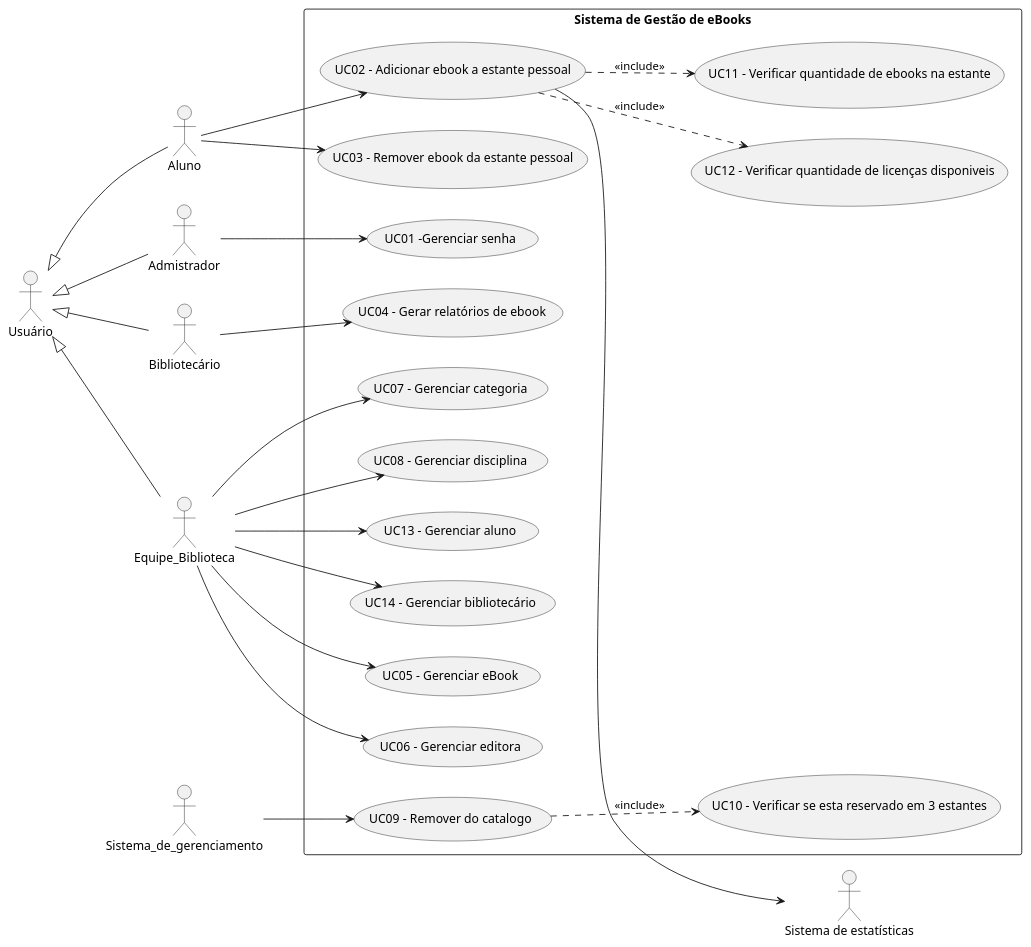
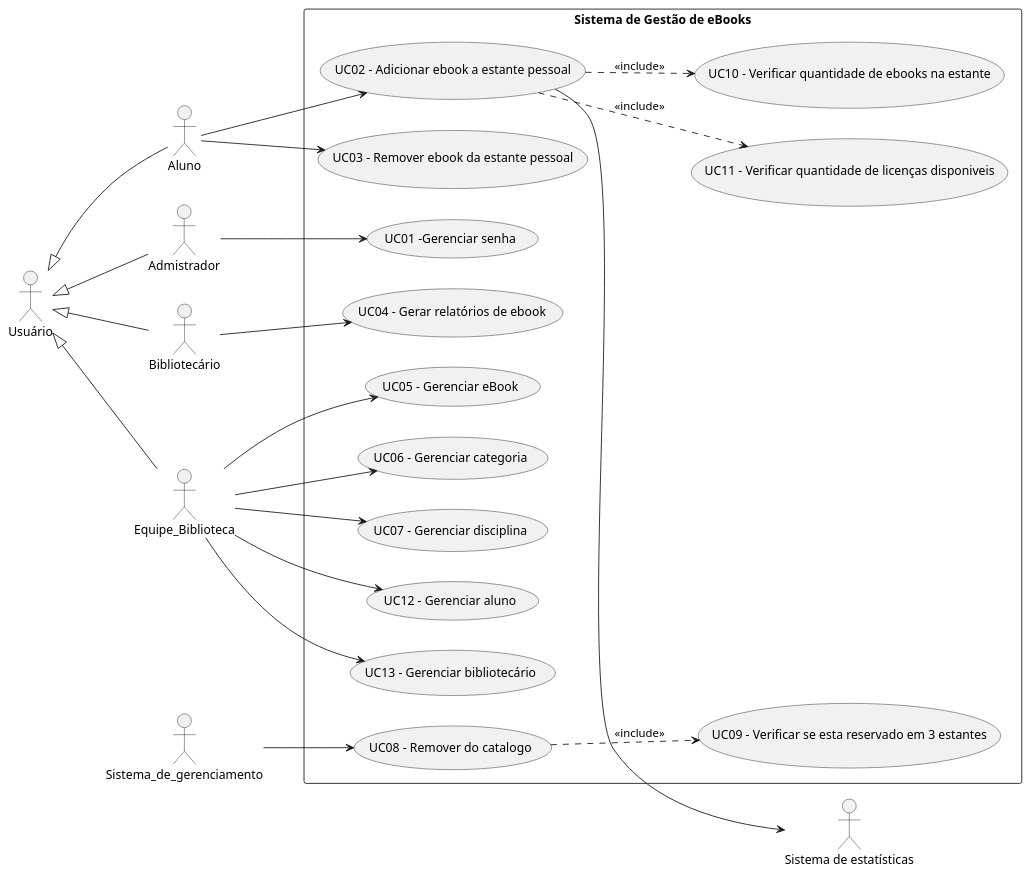
The diagram in docs/diagramas/casos-de-uso.puml (brunokilo/lab01-ebooks-biblioteca), drawn with PlantUML before and after one commit. The commit also changed 1 other file, not shown here.

Commit message:
diagramas: atualização dos casos de uso e diagrama de classe com novos métodos e ajustes de visibilidade

```diff
--- a/docs/diagramas/casos-de-uso.puml
+++ b/docs/diagramas/casos-de-uso.puml
@@ -1,54 +1,52 @@
 @startuml
 left to right direction
 skinparam packageStyle rectangle
 
 actor "Usuário" as Usuario
 actor Aluno
 actor Admistrador
 actor "Bibliotecário" as Bibliotecario
 actor Equipe_Biblioteca
 actor Sistema_de_gerenciamento
 actor "Sistema de estatísticas" as Sistema_de_estatisticas
 
 rectangle "Sistema de Gestão de eBooks" {
   usecase "UC01 -Gerenciar senha" as UC01
   usecase "UC02 - Adicionar ebook a estante pessoal" as UC02
   usecase "UC03 - Remover ebook da estante pessoal" as UC03
   usecase "UC04 - Gerar relatórios de ebook" as UC04
   usecase "UC05 - Gerenciar eBook" as UC05
-  usecase "UC06 - Gerenciar editora" as UC06
-  usecase "UC07 - Gerenciar categoria" as UC07
-  usecase "UC08 - Gerenciar disciplina" as UC08
-  usecase "UC09 - Remover do catalogo" as UC09
-  usecase "UC10 - Verificar se esta reservado em 3 estantes" as UC10
-  usecase "UC11 - Verificar quantidade de ebooks na estante" as UC11
-  usecase "UC12 - Verificar quantidade de licenças disponiveis" as UC12
-  usecase "UC13 - Gerenciar aluno" as UC13
-  usecase "UC14 - Gerenciar bibliotecário" as UC14
+  usecase "UC06 - Gerenciar categoria" as UC06
+  usecase "UC07 - Gerenciar disciplina" as UC07
+  usecase "UC08 - Remover do catalogo" as UC08
+  usecase "UC09 - Verificar se esta reservado em 3 estantes" as UC09
+  usecase "UC10 - Verificar quantidade de ebooks na estante" as UC10
+  usecase "UC11 - Verificar quantidade de licenças disponiveis" as UC11
+  usecase "UC12 - Gerenciar aluno" as UC12
+  usecase "UC13 - Gerenciar bibliotecário" as UC13
 }
 
 Usuario <|-- Equipe_Biblioteca 
 Usuario <|-- Bibliotecario 
 Usuario <|-- Aluno 
 Usuario <|-- Admistrador
 
 Admistrador --> (UC01)
 
 Equipe_Biblioteca --> (UC05)
 Equipe_Biblioteca --> (UC06)
 Equipe_Biblioteca --> (UC07)
-Equipe_Biblioteca --> (UC08)
+Equipe_Biblioteca --> (UC12)
 Equipe_Biblioteca --> (UC13)
-Equipe_Biblioteca --> (UC14)
 
 Bibliotecario --> (UC04)
 
 Aluno --> (UC02)
+(UC02)..> (UC10) : <<include>>
 (UC02)..> (UC11) : <<include>>
-(UC02)..> (UC12) : <<include>>
 (UC02)--> Sistema_de_estatisticas
 Aluno --> (UC03)
 
-Sistema_de_gerenciamento --> (UC09)
-(UC09)..> (UC10) : <<include>>
+Sistema_de_gerenciamento --> (UC08)
+(UC08)..> (UC09) : <<include>>
 @enduml
```
